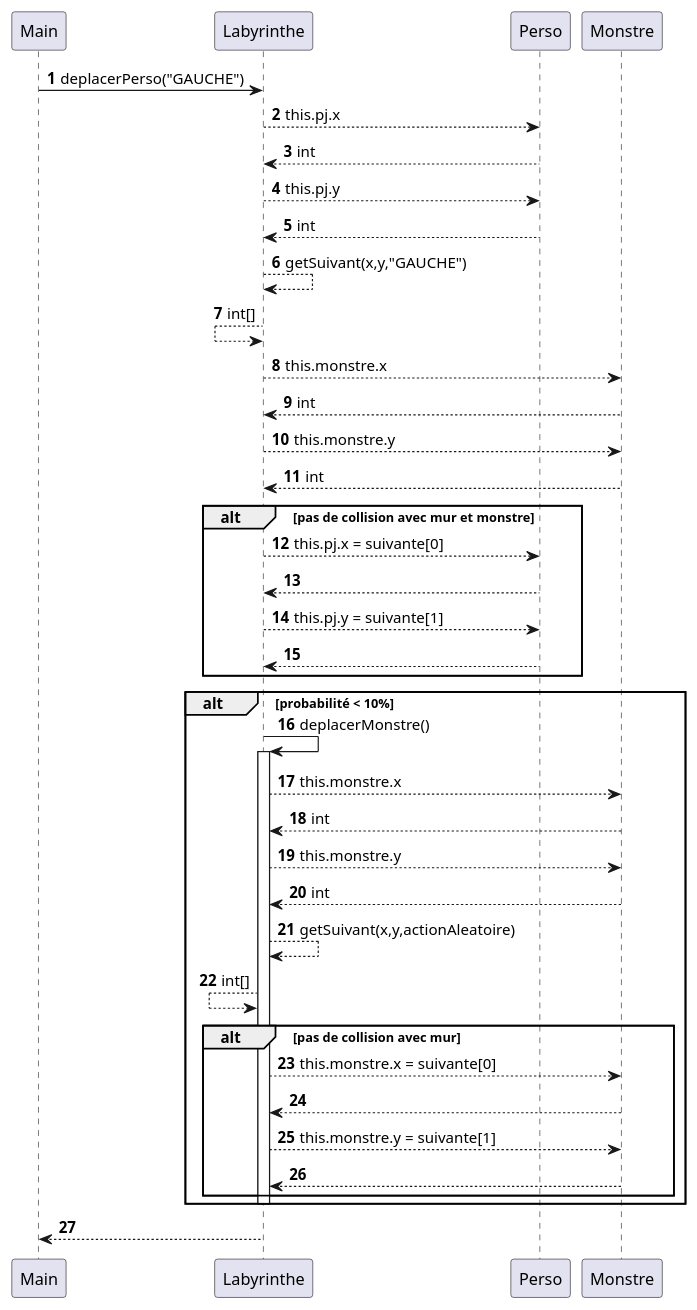
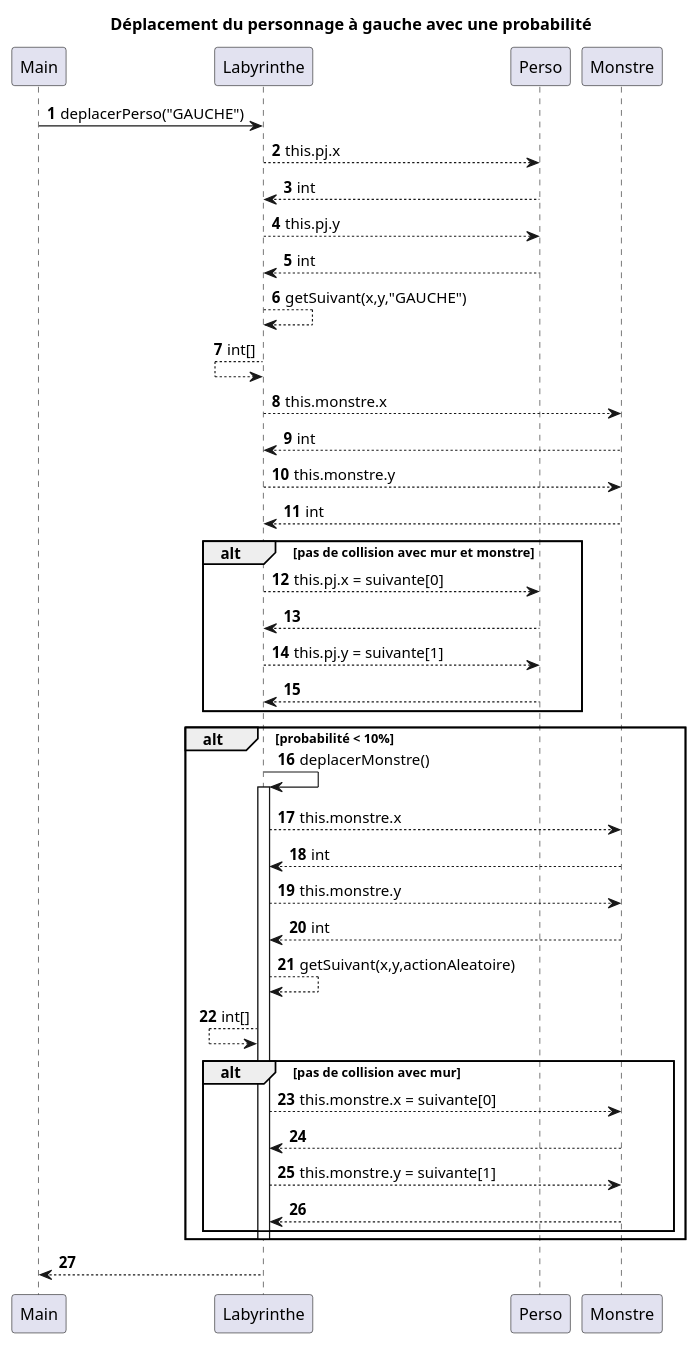
The diagram in documents/version_2/DS_deplacerPersoGaucheMonstreProbaDeplacement.puml (crochetremi/2025_Zeldiablo2_e20157u_e82008u_e89209u_e26078u), drawn with PlantUML before and after one commit. The commit also changed 6 other files, not shown here.

Commit message:
ajout des titres dans les diagrammes

```diff
--- a/documents/version_2/DS_deplacerPersoGaucheMonstreProbaDeplacement.puml
+++ b/documents/version_2/DS_deplacerPersoGaucheMonstreProbaDeplacement.puml
@@ -1,54 +1,56 @@
 @startuml
 'https://plantuml.com/sequence-diagram
+
+title Déplacement du personnage à gauche avec une probabilité
 
 autonumber
 
 Main -> Labyrinthe : deplacerPerso("GAUCHE")
 
 ' Déplacement du personnage
 Labyrinthe --> Perso : this.pj.x
 Labyrinthe <-- Perso : int
 Labyrinthe --> Perso : this.pj.y
 Labyrinthe <-- Perso : int
 
 Labyrinthe --> Labyrinthe : getSuivant(x,y,"GAUCHE")
 Labyrinthe <-- Labyrinthe : int[]
 
 Labyrinthe --> Monstre : this.monstre.x
 Labyrinthe <-- Monstre : int
 Labyrinthe --> Monstre : this.monstre.y
 Labyrinthe <-- Monstre : int
 
 alt pas de collision avec mur et monstre
     Labyrinthe --> Perso : this.pj.x = suivante[0]
     Labyrinthe <-- Perso :
     Labyrinthe --> Perso : this.pj.y = suivante[1]
     Labyrinthe <-- Perso :
 end
 
 ' Déplacement aléatoire du monstre
 alt probabilité < 10%
     Labyrinthe -> Labyrinthe : deplacerMonstre()
     activate Labyrinthe
 
     Labyrinthe --> Monstre : this.monstre.x
     Labyrinthe <-- Monstre : int
     Labyrinthe --> Monstre : this.monstre.y
     Labyrinthe <-- Monstre : int
 
     Labyrinthe --> Labyrinthe : getSuivant(x,y,actionAleatoire)
     Labyrinthe <-- Labyrinthe : int[]
 
     alt pas de collision avec mur
         Labyrinthe --> Monstre : this.monstre.x = suivante[0]
         Labyrinthe <-- Monstre :
         Labyrinthe --> Monstre : this.monstre.y = suivante[1]
         Labyrinthe <-- Monstre :
     end
 
     deactivate Labyrinthe
 end
 
 Main <-- Labyrinthe
 
 @enduml
```
